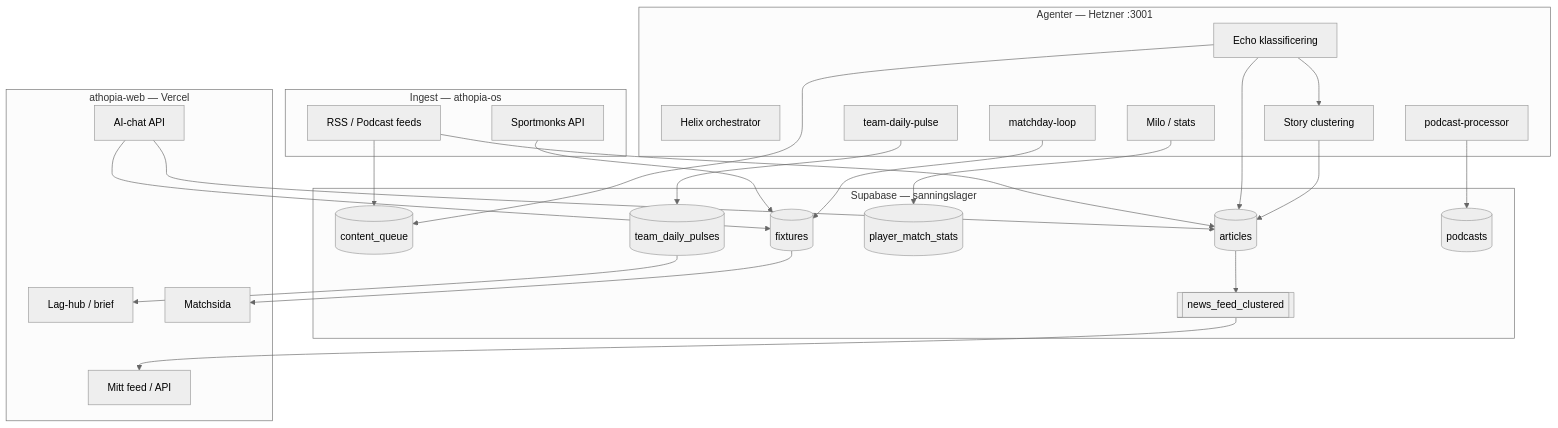
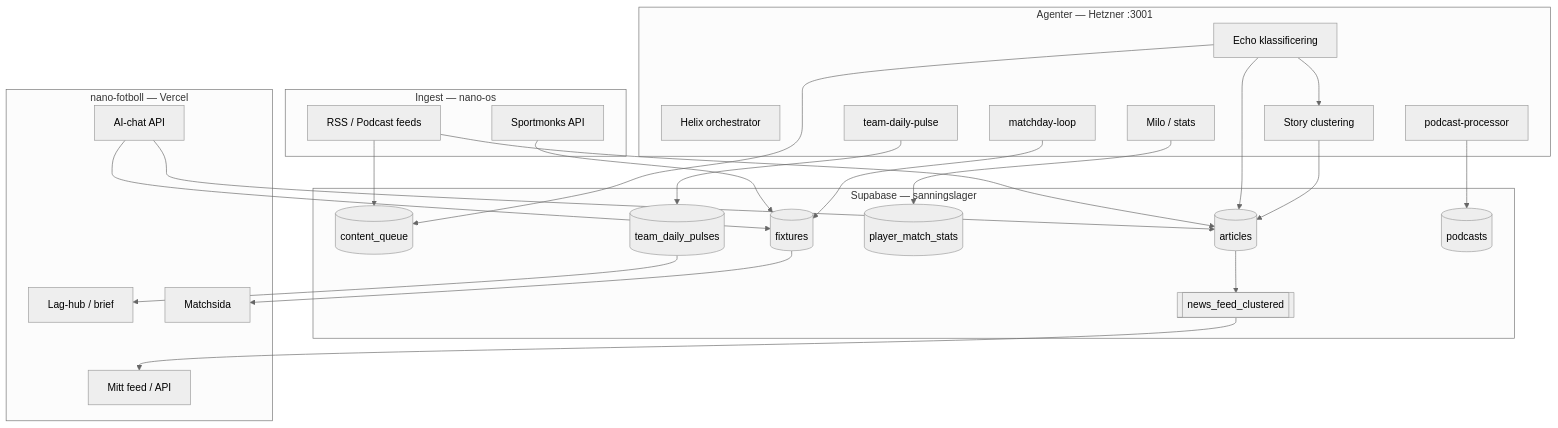
One commit to Jardinghampus/athopia-web changed the diagram in docs/product/ARCHITECTURE_BLUEPRINT.md. Above: the diagram before and after it, drawn with Mermaid (neutral theme). The commit also changed other lines of this file and 42 other files, not shown here.

First line of the commit message:
[namnbyte] Athopia -> Nano Fotboll i dokumentationen

````diff
--- a/docs/product/ARCHITECTURE_BLUEPRINT.md
+++ b/docs/product/ARCHITECTURE_BLUEPRINT.md
@@ -7,53 +7,53 @@
 ```mermaid
 flowchart TB
-  subgraph ingest [Ingest — athopia-os]
+  subgraph ingest [Ingest — nano-os]
     RSS[RSS / Podcast feeds]
     SM[Sportmonks API]
   end
 
   subgraph agents [Agenter — Hetzner :3001]
     Helix[Helix orchestrator]
     Echo[Echo klassificering]
     Cluster[Story clustering]
     Milo[Milo / stats]
     Pulse[team-daily-pulse]
     PodProc[podcast-processor]
     MatchLoop[matchday-loop]
   end
 
   subgraph db [Supabase — sanningslager]
     CQ[(content_queue)]
     ART[(articles)]
     NFV[[news_feed_clustered]]
     FIX[(fixtures)]
     PMS[(player_match_stats)]
     TDP[(team_daily_pulses)]
     POD[(podcasts)]
   end
 
-  subgraph web [athopia-web — Vercel]
+  subgraph web [nano-fotboll — Vercel]
     Feed[Mitt feed / API]
     Hub[Lag-hub / brief]
     MatchUI[Matchsida]
     Chat[AI-chat API]
   end
 
   RSS --> CQ
   RSS --> ART
   Echo --> CQ
   Echo --> ART
   Echo --> Cluster
   Cluster --> ART
   SM --> FIX
   Milo --> PMS
   Pulse --> TDP
   PodProc --> POD
   MatchLoop --> FIX
 
   ART --> NFV
   NFV --> Feed
   TDP --> Hub
   FIX --> MatchUI
   Chat --> ART
   Chat --> FIX
 ```
````
